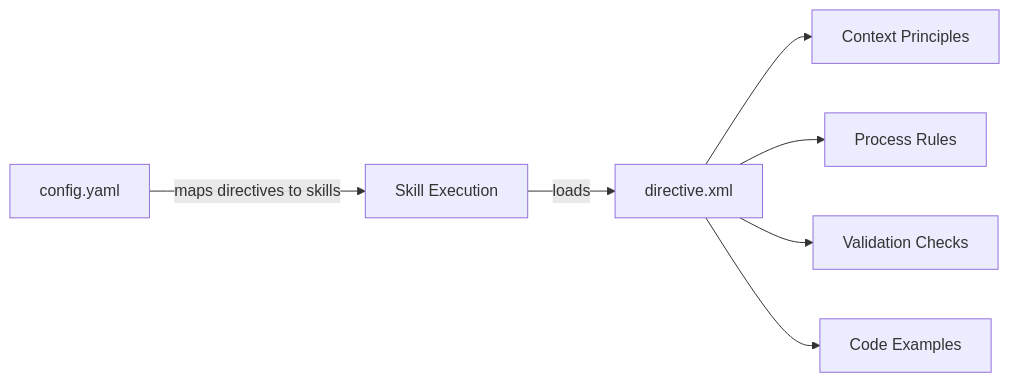
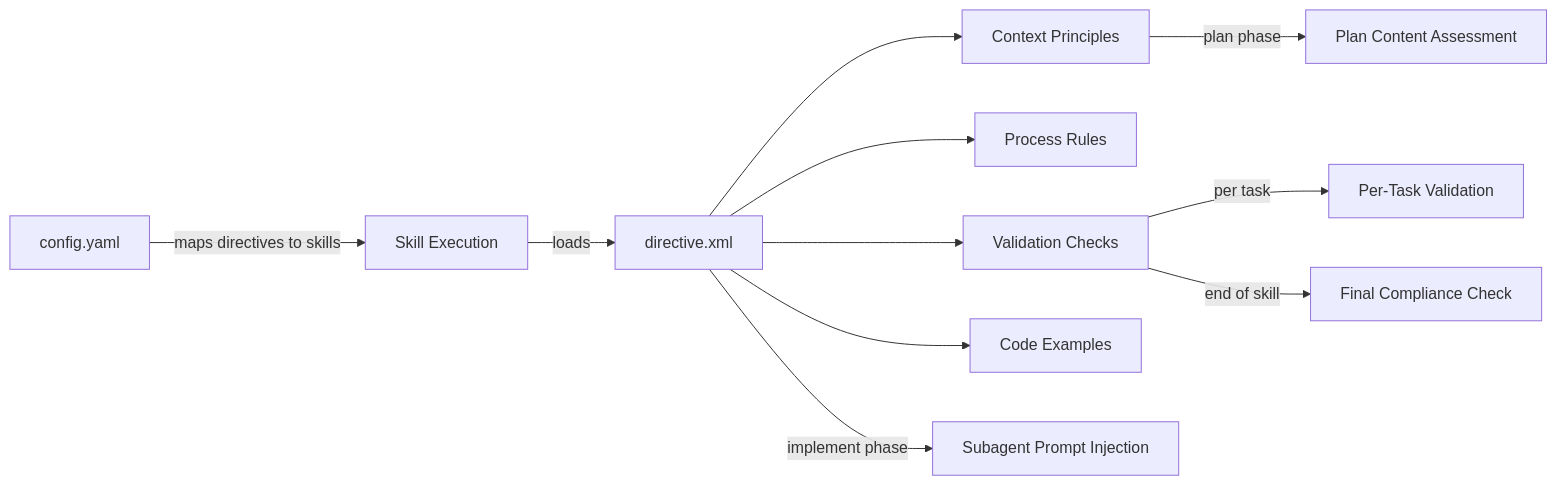
The diagram in .festinalente/product/directives/system.md (mattfletcher94/festinalente), drawn with Mermaid before and after one commit. The commit also changed other lines of this file and 2 other files, not shown here.

Commit message:
docs(#53): product - update directive enforcement docs

````diff
--- a/.festinalente/product/directives/system.md
+++ b/.festinalente/product/directives/system.md
@@ -29,9 +29,13 @@
 ```mermaid
 flowchart LR
     Config[config.yaml] --> |maps directives to skills| Skill[Skill Execution]
     Skill --> |loads| Directive[directive.xml]
     Directive --> Context[Context Principles]
     Directive --> Process[Process Rules]
     Directive --> Validation[Validation Checks]
     Directive --> Examples[Code Examples]
+    Context --> |plan phase| PlanAssess[Plan Content Assessment]
+    Directive --> |implement phase| SubPrompt[Subagent Prompt Injection]
+    Validation --> |per task| PerTask[Per-Task Validation]
+    Validation --> |end of skill| Final[Final Compliance Check]
 ```
````
